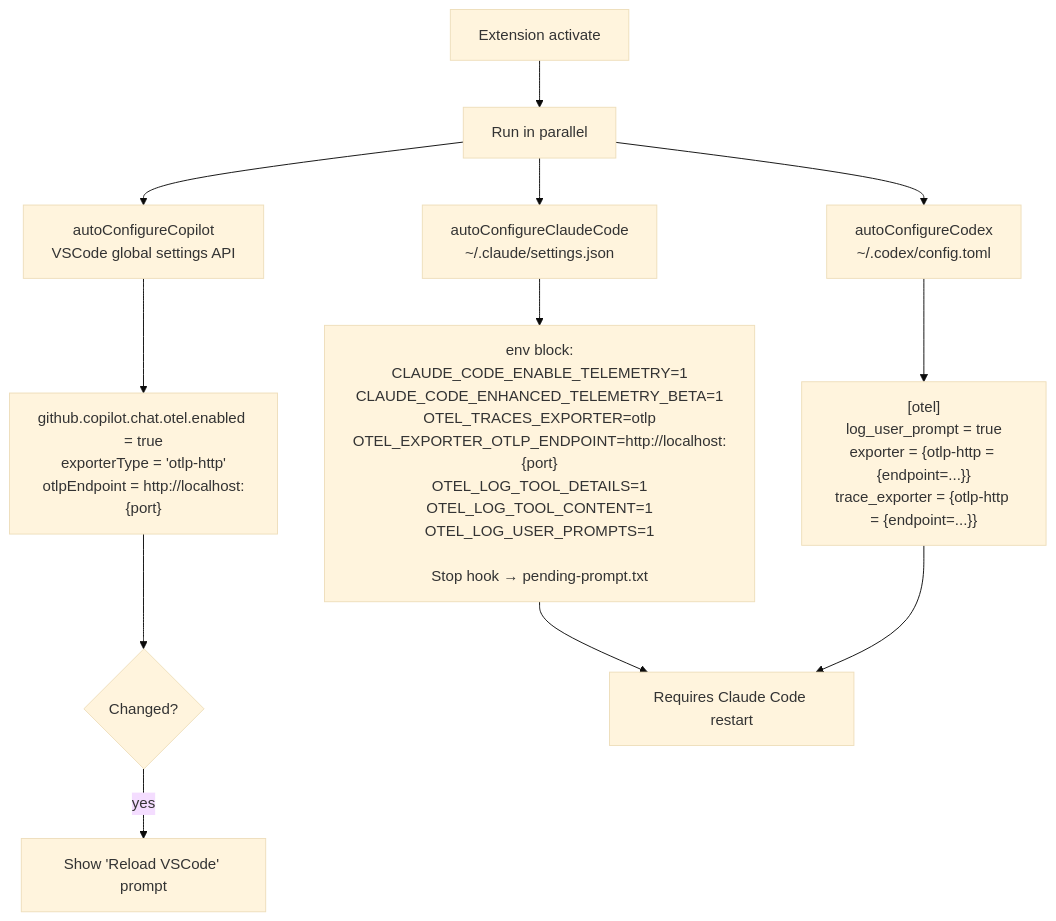
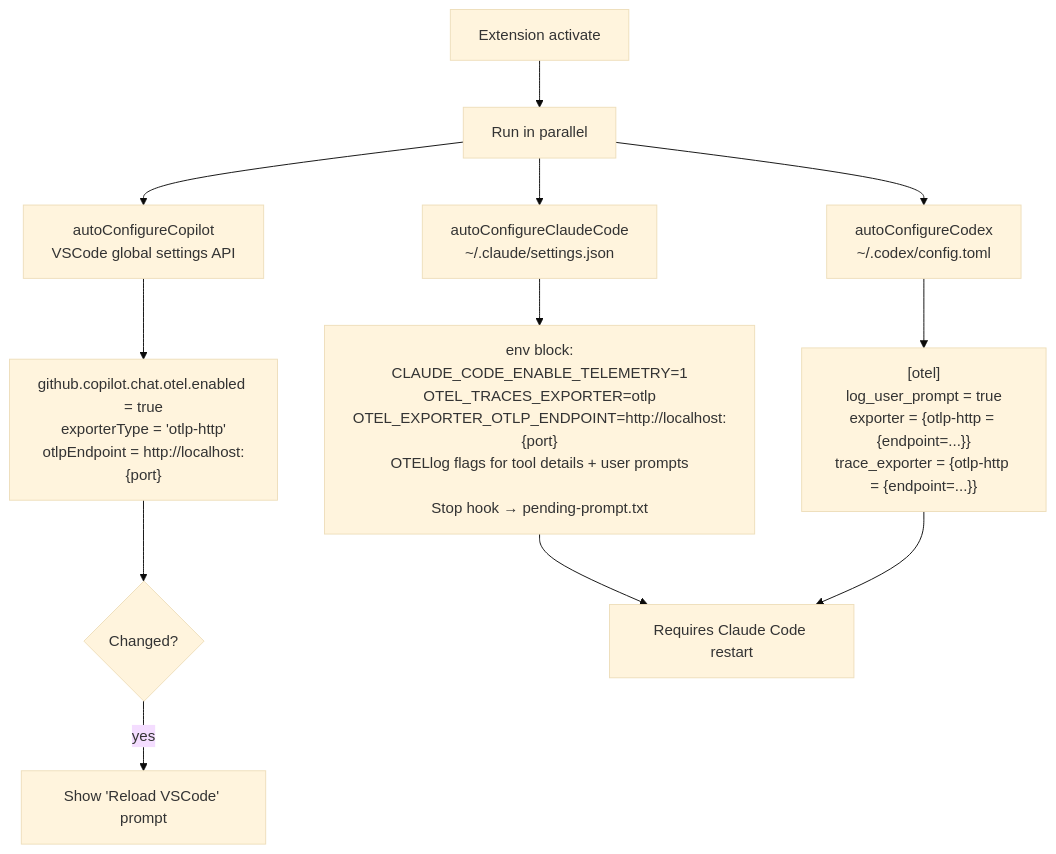
One commit to RogerReed/agentlens changed diagram 16 of 18 in ARCHITECTURE.md. Above: the diagram before and after it, drawn with Mermaid (base theme). The commit also changed other lines of this file, not shown here.

Commit message:
docs: rewrite ARCHITECTURE.md for phases 1–4 (SQLite storage, analytics, tab changes)

````diff
--- a/ARCHITECTURE.md
+++ b/ARCHITECTURE.md
@@ -470,19 +667,19 @@
 ```mermaid
 flowchart TD
     ACT[Extension activate] --> PAR[Run in parallel]
 
-    PAR --> CP_CFG[autoConfigureCopilot\nVSCode global settings API]
-    PAR --> CC_CFG[autoConfigureClaudeCode\n~/.claude/settings.json]
-    PAR --> CX_CFG[autoConfigureCodex\n~/.codex/config.toml]
+    PAR --> CP_CFG[autoConfigureCopilot<br/>VSCode global settings API]
+    PAR --> CC_CFG[autoConfigureClaudeCode<br/>~/.claude/settings.json]
+    PAR --> CX_CFG[autoConfigureCodex<br/>~/.codex/config.toml]
 
-    CP_CFG --> CP_KEYS["github.copilot.chat.otel.enabled = true\nexporterType = 'otlp-http'\notlpEndpoint = http://localhost:{port}"]
+    CP_CFG --> CP_KEYS["github.copilot.chat.otel.enabled = true<br/>exporterType = 'otlp-http'<br/>otlpEndpoint = http://localhost:{port}"]
     CP_KEYS --> CP_OUT{Changed?}
     CP_OUT -- yes --> RELOAD[Show 'Reload VSCode' prompt]
 
-    CC_CFG --> CC_KEYS["env block:\nCLAUDE_CODE_ENABLE_TELEMETRY=1\nCLAUDE_CODE_ENHANCED_TELEMETRY_BETA=1\nOTEL_TRACES_EXPORTER=otlp\nOTEL_EXPORTER_OTLP_ENDPOINT=http://localhost:{port}\nOTEL_LOG_TOOL_DETAILS=1\nOTEL_LOG_TOOL_CONTENT=1\nOTEL_LOG_USER_PROMPTS=1\n\nStop hook → pending-prompt.txt"]
+    CC_CFG --> CC_KEYS["env block:<br/>CLAUDE_CODE_ENABLE_TELEMETRY=1<br/>OTEL_TRACES_EXPORTER=otlp<br/>OTEL_EXPORTER_OTLP_ENDPOINT=http://localhost:{port}<br/>OTELlog flags for tool details + user prompts<br/><br/>Stop hook → pending-prompt.txt"]
 
-    CX_CFG --> CX_KEYS["[otel]\nlog_user_prompt = true\nexporter = {otlp-http = {endpoint=...}}\ntrace_exporter = {otlp-http = {endpoint=...}}"]
+    CX_CFG --> CX_KEYS["[otel]<br/>log_user_prompt = true<br/>exporter = {otlp-http = {endpoint=...}}<br/>trace_exporter = {otlp-http = {endpoint=...}}"]
 
     CC_KEYS --> RESTART[Requires Claude Code restart]
     CX_KEYS --> RESTART
 ```
````
